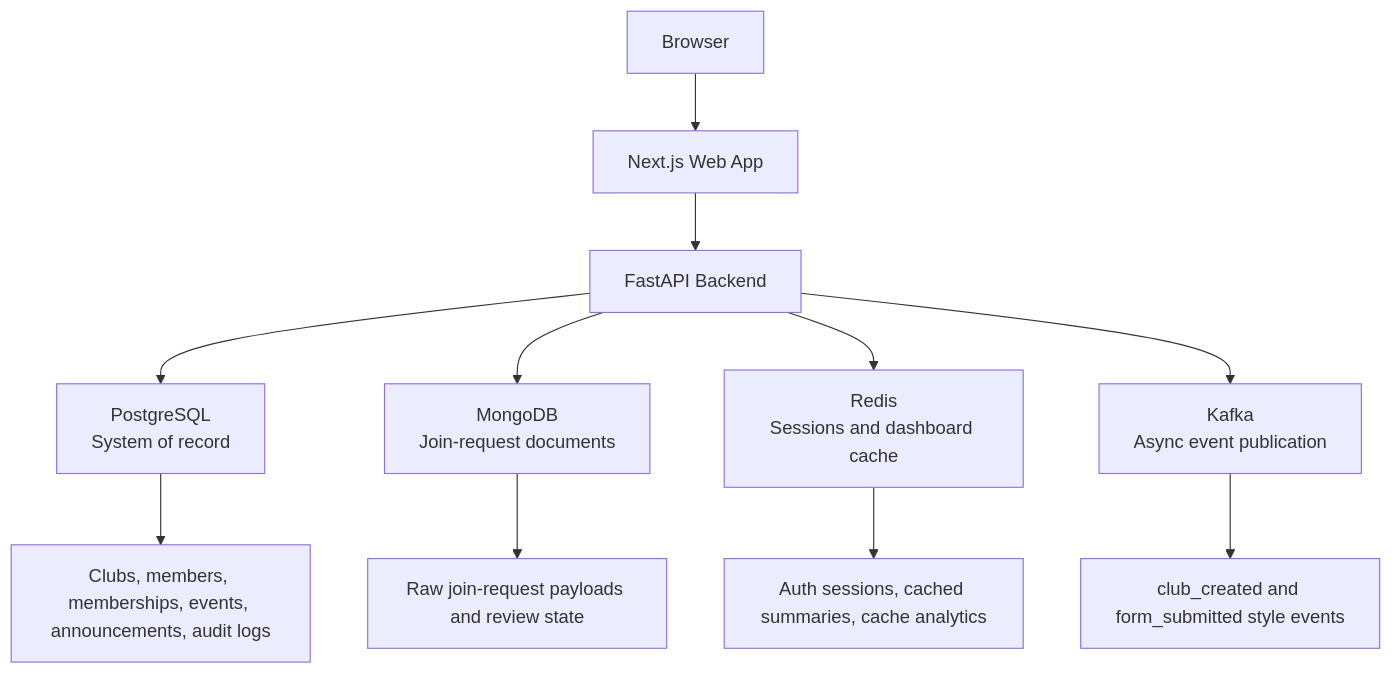
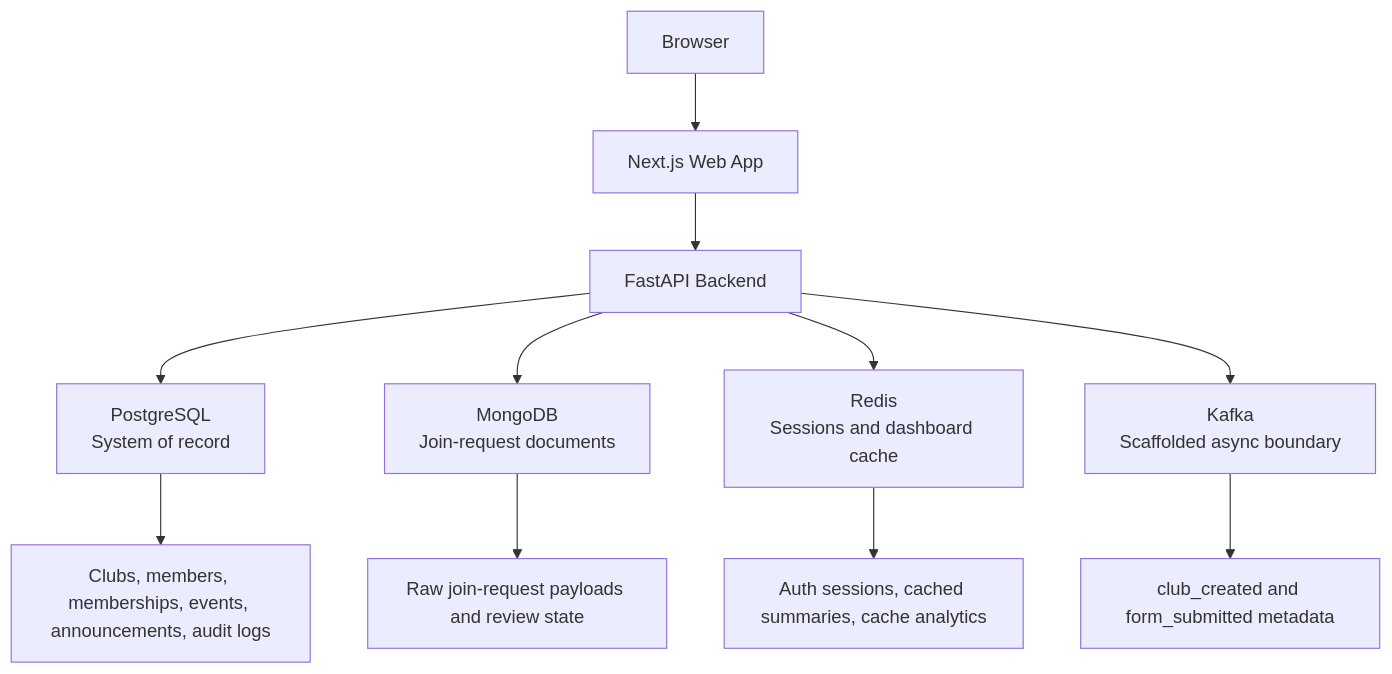
One commit to MichaelOlave/ClubCRM changed the diagram in docs/analysis/final-project-development-writeup.md. Above: the diagram before and after it, drawn with Mermaid. The commit also changed other lines of this file and 17 other files, not shown here.

````diff
--- a/docs/analysis/final-project-development-writeup.md
+++ b/docs/analysis/final-project-development-writeup.md
@@ -13,13 +13,13 @@
 ```mermaid
 flowchart TD
     A[Browser] --> B[Next.js Web App]
     B --> C[FastAPI Backend]
     C --> D[PostgreSQL<br/>System of record]
     C --> E[MongoDB<br/>Join-request documents]
     C --> F[Redis<br/>Sessions and dashboard cache]
-    C --> G[Kafka<br/>Async event publication]
+    C --> G[Kafka<br/>Scaffolded async boundary]
     D --> H[Clubs, members, memberships, events, announcements, audit logs]
     E --> I[Raw join-request payloads and review state]
     F --> J[Auth sessions, cached summaries, cache analytics]
-    G --> K[club_created and form_submitted style events]
+    G --> K[club_created and form_submitted metadata]
 ```
````
